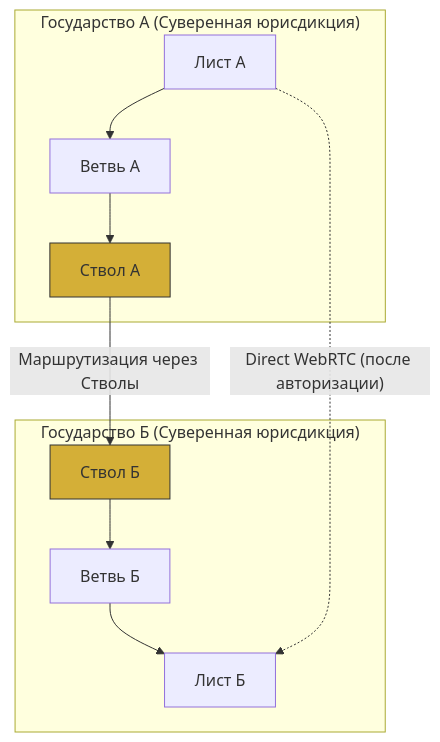
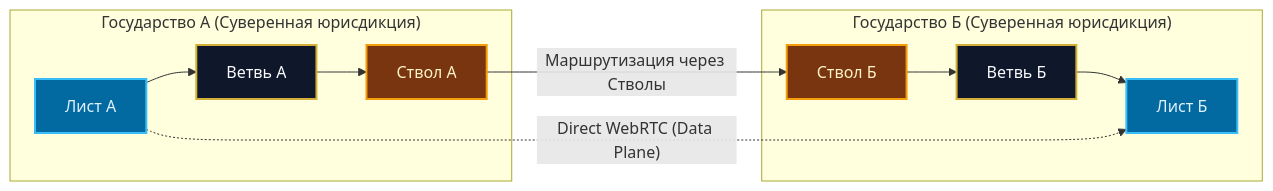
Before and after one commit to Data-Independence-Network/presentations: diagram 38 of 53 in shared_docs/Технический документ платформы Турбаза.md, drawn with Mermaid. The commit also changed other lines of this file and 3 other files, not shown here.

Commit message:
fix(docs): глубокий редизайн схем 3.5 и 10.1, улучшение контрастности и отключение кэширования во вьюере

````diff
--- a/shared_docs/Технический документ платформы Турбаза.md
+++ b/shared_docs/Технический документ платформы Турбаза.md
@@ -1093,18 +1108,23 @@
 ```mermaid
-graph TD
+flowchart LR
     subgraph SovA ["Государство А (Суверенная юрисдикция)"]
         LeafA["Лист А"] --> BranchA["Ветвь А"]
         BranchA --> TrunkA["Ствол А"]
     end
-    
+
     subgraph SovB ["Государство Б (Суверенная юрисдикция)"]
         TrunkB["Ствол Б"] --> BranchB["Ветвь Б"]
         BranchB --> LeafB["Лист Б"]
     end
-    
+
     TrunkA -->|"Маршрутизация через Стволы"| TrunkB
-    LeafA -.->|"Direct WebRTC (после авторизации)"| LeafB
-    
-    style TrunkA fill:#D4AF37,stroke:#333
-    style TrunkB fill:#D4AF37,stroke:#333
+    LeafA -.->|"Direct WebRTC (Data Plane)"| LeafB
+
+    classDef trunkNode fill:#78350f,stroke:#f59e0b,stroke-width:2px,color:#fef3c7;
+    classDef leafNode fill:#0369a1,stroke:#38bdf8,stroke-width:2px,color:#e0f2fe;
+    classDef branchNode fill:#0f172a,stroke:#d4af37,stroke-width:2px,color:#f8fafc;
+
+    class TrunkA,TrunkB trunkNode;
+    class LeafA,LeafB leafNode;
+    class BranchA,BranchB branchNode;
 ```
````
